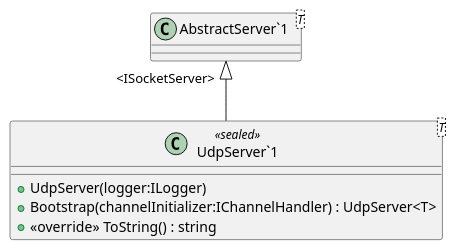
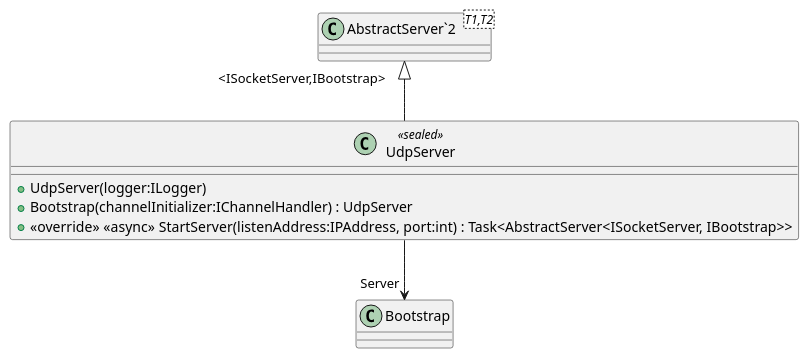
One commit to catalyst-network/Catalyst changed the diagram in Documentation/UML/Catalyst.Node.Common/Helpers/IO/Inbound/UdpServer.puml. Above: the diagram before and after it, drawn with PlantUML. The commit also changed 29 other files, not shown here.

```diff
--- a/Documentation/UML/Catalyst.Node.Common/Helpers/IO/Inbound/UdpServer.puml
+++ b/Documentation/UML/Catalyst.Node.Common/Helpers/IO/Inbound/UdpServer.puml
@@ -1,10 +1,11 @@
 @startuml
-class "UdpServer`1"<T> <<sealed>> {
+class UdpServer <<sealed>> {
     + UdpServer(logger:ILogger)
-    + Bootstrap(channelInitializer:IChannelHandler) : UdpServer<T>
-    + <<override>> ToString() : string
+    + Bootstrap(channelInitializer:IChannelHandler) : UdpServer
+    + <<override>> <<async>> StartServer(listenAddress:IPAddress, port:int) : Task<AbstractServer<ISocketServer, IBootstrap>>
 }
-class "AbstractServer`1"<T> {
+class "AbstractServer`2"<T1,T2> {
 }
-"AbstractServer`1" "<ISocketServer>" <|-- "UdpServer`1"
+"AbstractServer`2" "<ISocketServer,IBootstrap>" <|-- UdpServer
+UdpServer --> "Server" Bootstrap
 @enduml
```
